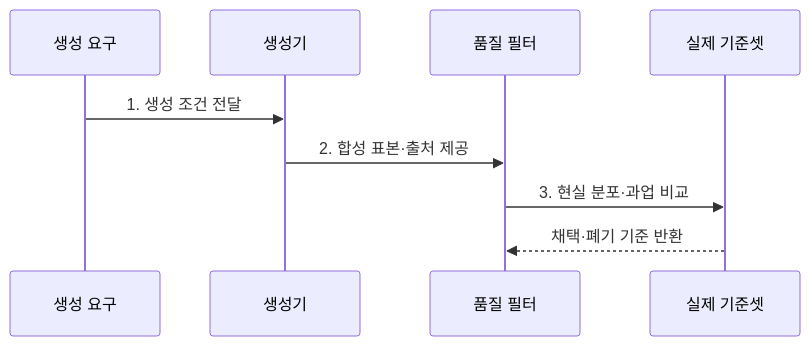
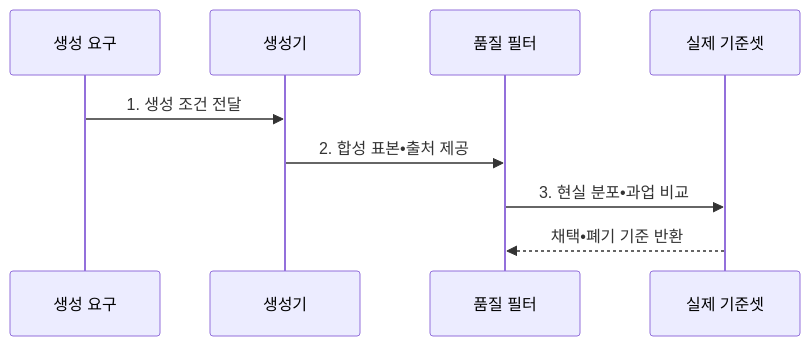
Before and after one commit to agnusdei1207/knowledge-base: the second of 2 diagrams in src/content/docs/notes/08-latest-tech/068_synthetic_data.md, drawn with Mermaid. The commit also changed other lines of this file and 953 other files, not shown here.

````diff
--- a/src/content/docs/notes/08-latest-tech/068_synthetic_data.md
+++ b/src/content/docs/notes/08-latest-tech/068_synthetic_data.md
@@ -104,11 +104,11 @@
 ```mermaid
 sequenceDiagram
     participant R as 생성 요구
     participant G as 생성기
     participant F as 품질 필터
     participant A as 실제 기준셋
     R->>G: 1. 생성 조건 전달
-    G->>F: 2. 합성 표본·출처 제공
-    F->>A: 3. 현실 분포·과업 비교
-    A-->>F: 채택·폐기 기준 반환
+    G->>F: 2. 합성 표본•출처 제공
+    F->>A: 3. 현실 분포•과업 비교
+    A-->>F: 채택•폐기 기준 반환
 ```
````
